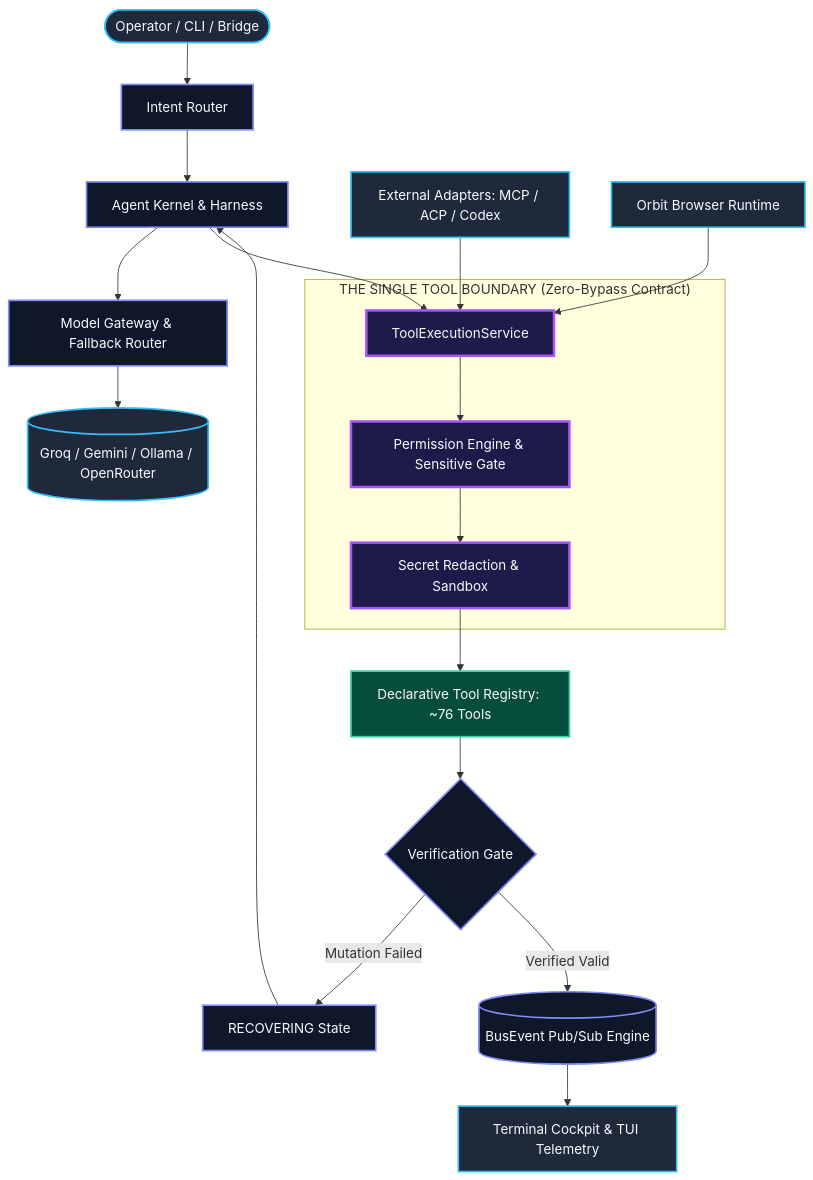
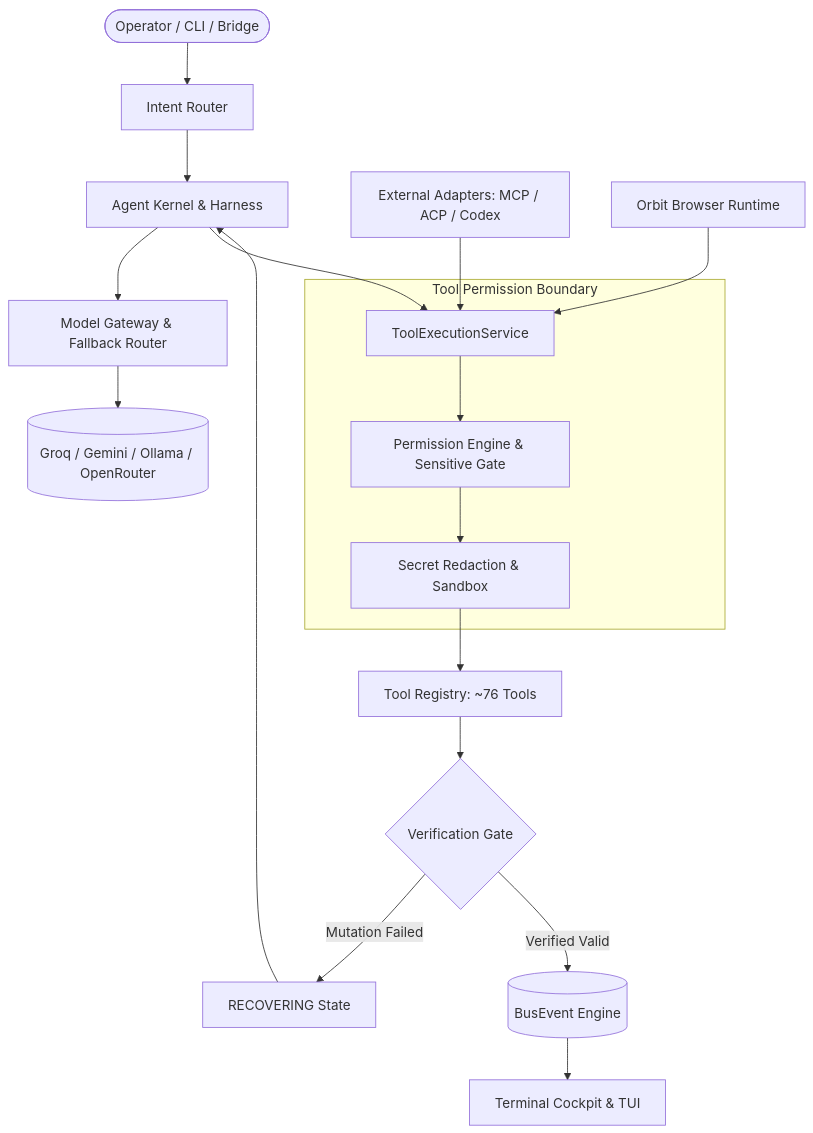
Before and after one commit to Railgunonyx1/JARVIS: the first of 2 diagrams in README.md, drawn with Mermaid. The commit also changed other lines of this file and 36 other files, not shown here.

````diff
--- a/README.md
+++ b/README.md
@@ -124,31 +76,25 @@
 ```mermaid
 flowchart TD
-    classDef client fill:#1E293B,stroke:#38BDF8,stroke-width:2px,color:#F8FAFC;
-    classDef core fill:#0F172A,stroke:#818CF8,stroke-width:2px,color:#F8FAFC;
-    classDef boundary fill:#1E1B4B,stroke:#A855F7,stroke-width:3px,color:#F8FAFC;
-    classDef target fill:#064E3B,stroke:#34D399,stroke-width:2px,color:#F8FAFC;
+    User([Operator / CLI / Bridge]) --> Intent[Intent Router]
+    Intent --> Loop[Agent Kernel & Harness]
+    Loop --> Gateway[Model Gateway & Fallback Router]
+    Gateway --> Providers[(Groq / Gemini / Ollama / OpenRouter)]
 
-    User([Operator / CLI / Bridge]):::client --> Intent[Intent Router]:::core
-    Intent --> Loop[Agent Kernel & Harness]:::core
-    Loop --> Gateway[Model Gateway & Fallback Router]:::core
-    Gateway --> Providers[(Groq / Gemini / Ollama / OpenRouter)]:::client
-
-    subgraph Boundary [" THE SINGLE TOOL BOUNDARY (Zero-Bypass Contract) "]
-        TES[ToolExecutionService]:::boundary
-        Perm[Permission Engine & Sensitive Gate]:::boundary
-        Sanitize[Secret Redaction & Sandbox]:::boundary
+    subgraph Boundary ["Tool Permission Boundary"]
+        TES[ToolExecutionService]
+        Perm[Permission Engine & Sensitive Gate]
+        Sanitize[Secret Redaction & Sandbox]
         TES --> Perm --> Sanitize
     end
 
     Loop --> TES
-    Protocols[External Adapters: MCP / ACP / Codex]:::client --> TES
-    Orbit[Orbit Browser Runtime]:::client --> TES
+    Protocols[External Adapters: MCP / ACP / Codex] --> TES
+    Orbit[Orbit Browser Runtime] --> TES
 
-    Sanitize --> Tools[Declarative Tool Registry: ~76 Tools]:::target
-    Tools --> Verification{Verification Gate}:::core
-    
-    Verification -- Mutation Failed --> Recovery[RECOVERING State]:::core
+    Sanitize --> Tools[Tool Registry: ~76 Tools]
+    Tools --> Verification{Verification Gate}
+    Verification -- Mutation Failed --> Recovery[RECOVERING State]
     Recovery --> Loop
-    Verification -- Verified Valid --> EventBus[(BusEvent Pub/Sub Engine)]:::core
-    EventBus --> Telemetry[Terminal Cockpit & TUI Telemetry]:::client
+    Verification -- Verified Valid --> EventBus[(BusEvent Engine)]
+    EventBus --> Telemetry[Terminal Cockpit & TUI]
 ```
````
